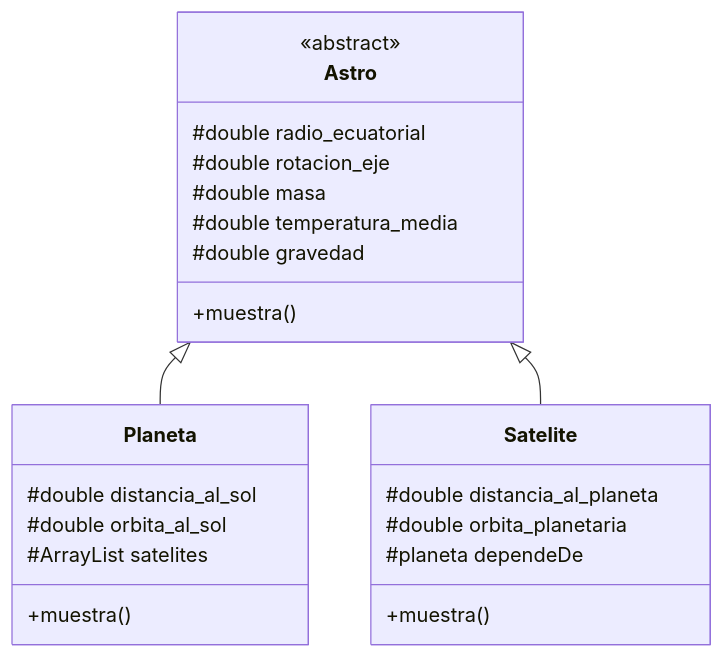
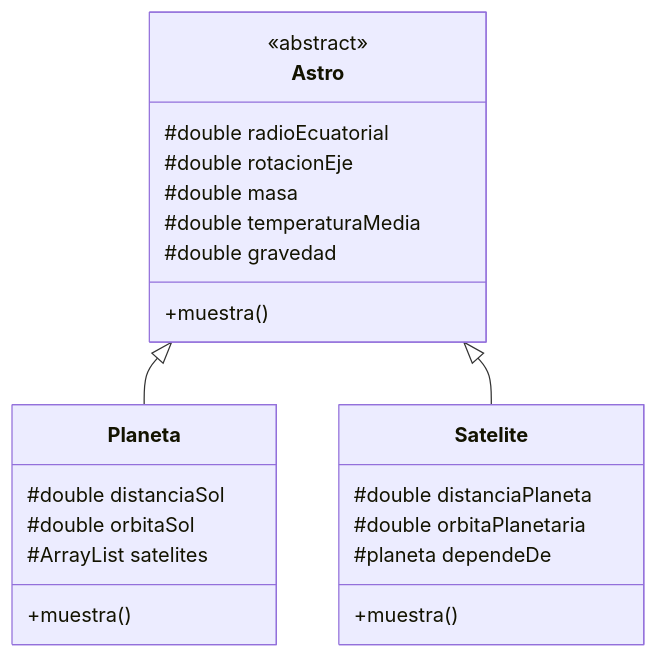
One commit to martinezpenya/1DAMProgramacion changed the first of 3 diagrams in docs/UD08/UD08_ejercicios_ES.md. Above: the diagram before and after it, drawn with Mermaid. The commit also changed other lines of this file, not shown here.

````diff
--- a/docs/UD08/UD08_ejercicios_ES.md
+++ b/docs/UD08/UD08_ejercicios_ES.md
@@ -355,25 +358,25 @@
 ```mermaid
  classDiagram
    Astro <|-- Planeta
    Astro <|-- Satelite
    
-   Astro : #double radio_ecuatorial
-   Astro : #double rotacion_eje
+   Astro : #double radioEcuatorial
+   Astro : #double rotacionEje
    Astro : #double masa
-   Astro: #double temperatura_media
+   Astro: #double temperaturaMedia
    Astro: #double gravedad
    Astro: +muestra()
    <<abstract>> Astro
    class Planeta{
-     #double distancia_al_sol
-     #double orbita_al_sol
+     #double distanciaSol
+     #double orbitaSol
      #ArrayList<Satelite> satelites
      +muestra()
    }
    class Satelite{
-    #double distancia_al_planeta
-    #double orbita_planetaria
+    #double distanciaPlaneta
+    #double orbitaPlanetaria
     #planeta dependeDe
     +muestra()
    }
 ```
````
